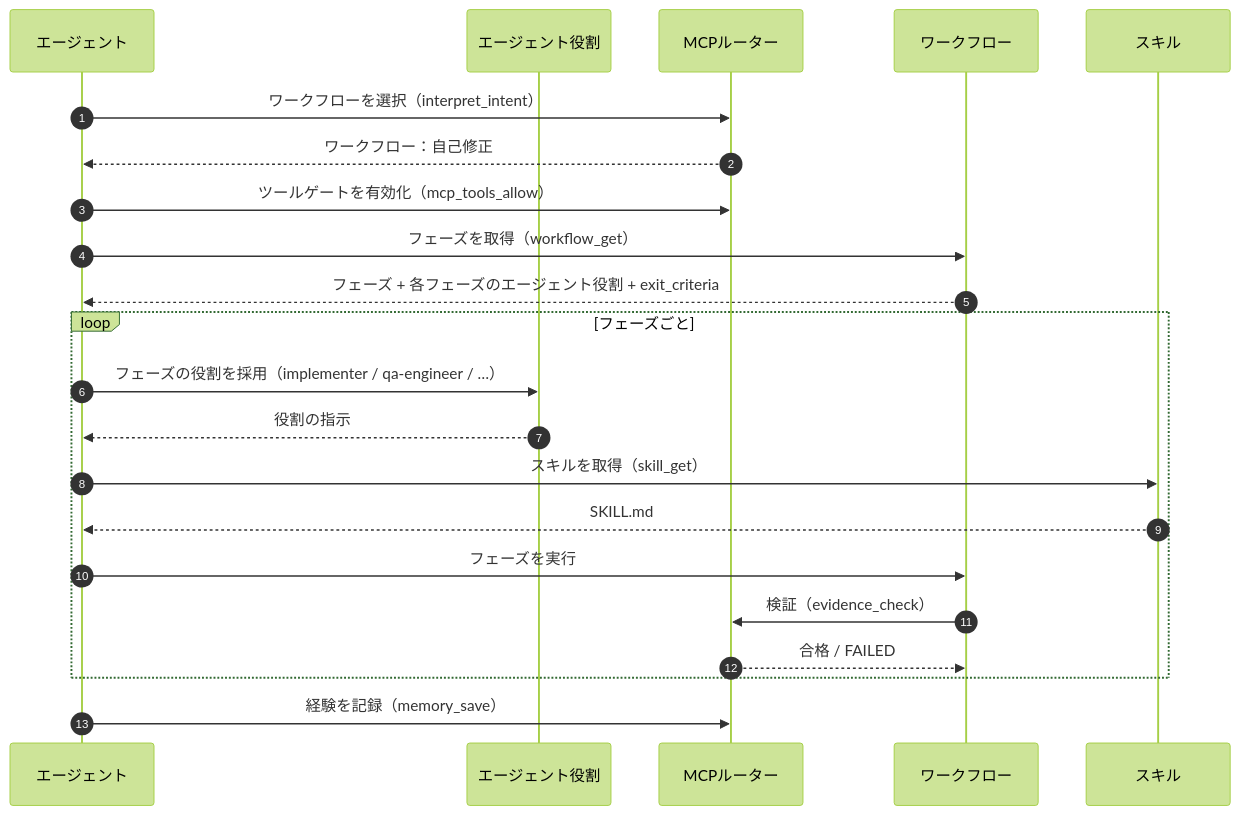
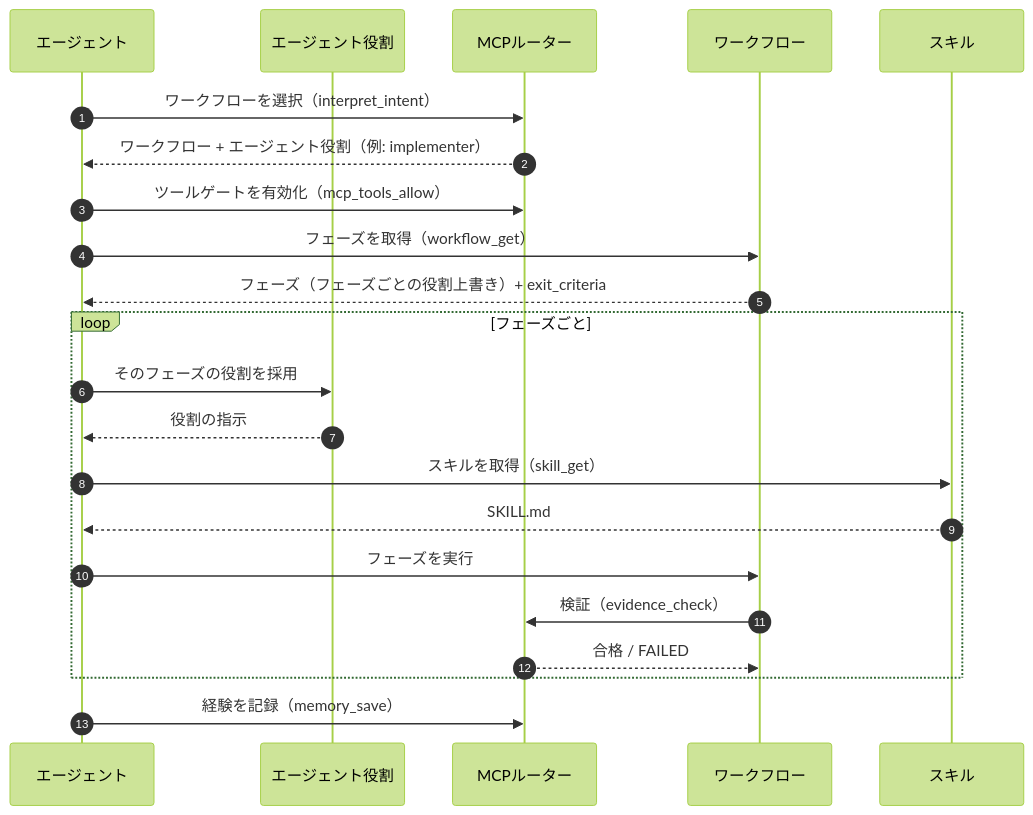
Before and after one commit to parkwoo/wawoo-agent-skills: the diagram in README.ja.md, drawn with Mermaid (forest theme). The commit also changed 3 other files, not shown here.

````diff
--- a/README.ja.md
+++ b/README.ja.md
@@ -62,24 +62,24 @@
 ```mermaid
 sequenceDiagram
     autonumber
     participant A as エージェント
     participant G as エージェント役割
     participant R as MCPルーター
     participant W as ワークフロー
     participant S as スキル
     A->>R: ワークフローを選択（interpret_intent）
-    R-->>A: ワークフロー：自己修正
+    R-->>A: ワークフロー + エージェント役割（例: implementer）
     A->>R: ツールゲートを有効化（mcp_tools_allow）
     A->>W: フェーズを取得（workflow_get）
-    W-->>A: フェーズ + 各フェーズのエージェント役割 + exit_criteria
+    W-->>A: フェーズ（フェーズごとの役割上書き）+ exit_criteria
     loop フェーズごと
-        A->>G: フェーズの役割を採用（implementer / qa-engineer / …）
+        A->>G: そのフェーズの役割を採用
         G-->>A: 役割の指示
         A->>S: スキルを取得（skill_get）
         S-->>A: SKILL.md
         A->>W: フェーズを実行
         W->>R: 検証（evidence_check）
         R-->>W: 合格 / FAILED
     end
     A->>R: 経験を記録（memory_save）
 ```
````
